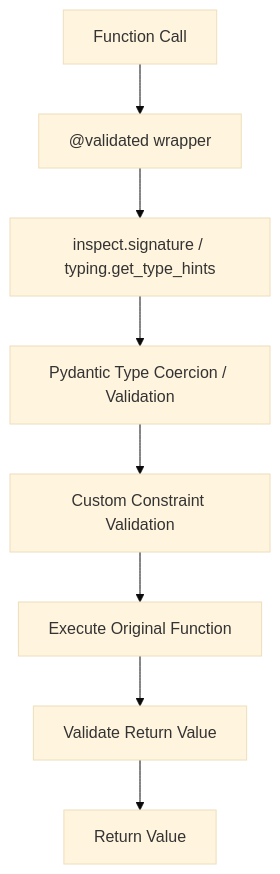
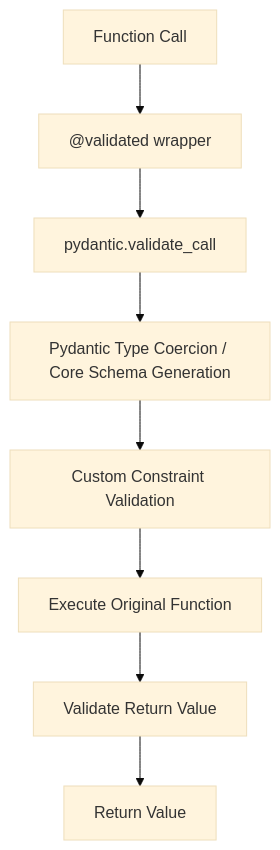
The diagram in README.md (haakonal/validated), drawn with Mermaid (base theme) before and after one commit. The commit also changed other lines of this file and 30 other files, not shown here.

First line of the commit message:
Refactor: Migrate to Pydantic validate_call and expand validator suite (#4)

````diff
--- a/README.md
+++ b/README.md
@@ -15,10 +15,10 @@
 ```mermaid
 graph TD
     A["Function Call"] --> B["@validated wrapper"]
-    B --> C["inspect.signature / typing.get_type_hints"]
-    C --> D["Pydantic Type Coercion / Validation"]
+    B --> C["pydantic.validate_call"]
+    C --> D["Pydantic Type Coercion / Core Schema Generation"]
     D --> E["Custom Constraint Validation"]
     E --> F["Execute Original Function"]
     F --> G["Validate Return Value"]
     G --> H["Return Value"]
 ```
````
